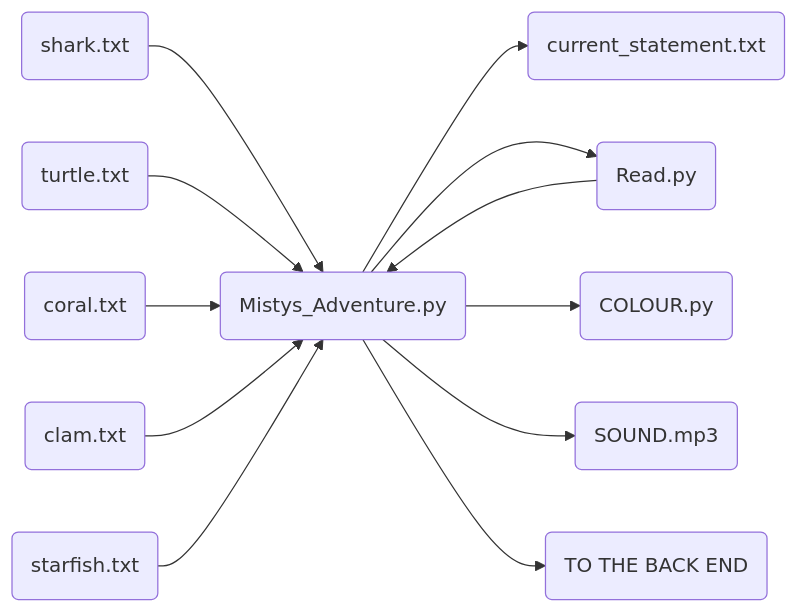
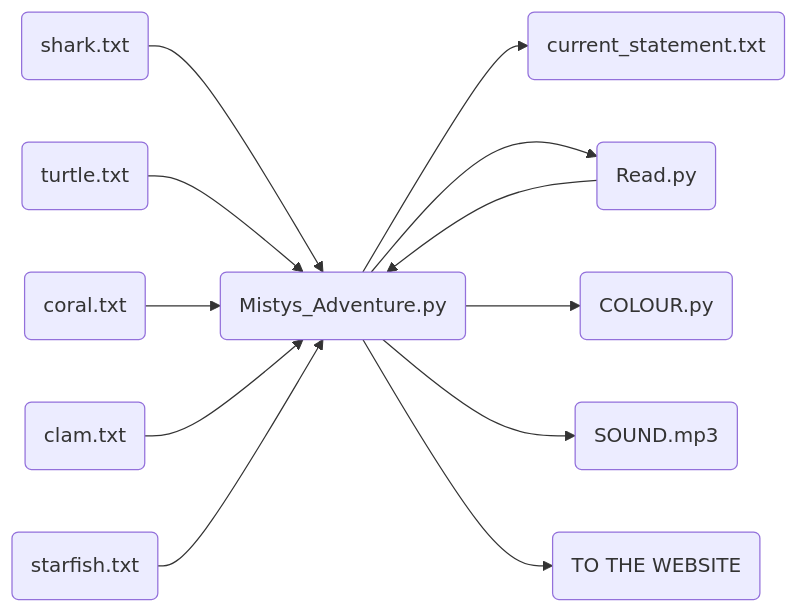
One commit to siincerity/Mistys_Adventure changed the diagram in readme.md. Above: the diagram before and after it, drawn with Mermaid. The commit also changed other lines of this file, not shown here.

````diff
--- a/readme.md
+++ b/readme.md
@@ -66,14 +82,14 @@
 ```mermaid
 graph LR
 A(shark.txt) --> D
 G(turtle.txt) --> D
 F(coral.txt) --> D
 B(clam.txt) --> D
 C(starfish.txt) --> D(Mistys_Adventure.py)
 D --> E(current_statement.txt)
 H(Read.py) --> D
 D --> H
 D --> I(COLOUR.py)
 D --> J(SOUND.mp3)
-D --> K(TO THE BACK END)
+D --> K(TO THE WEBSITE)
 ```
````
